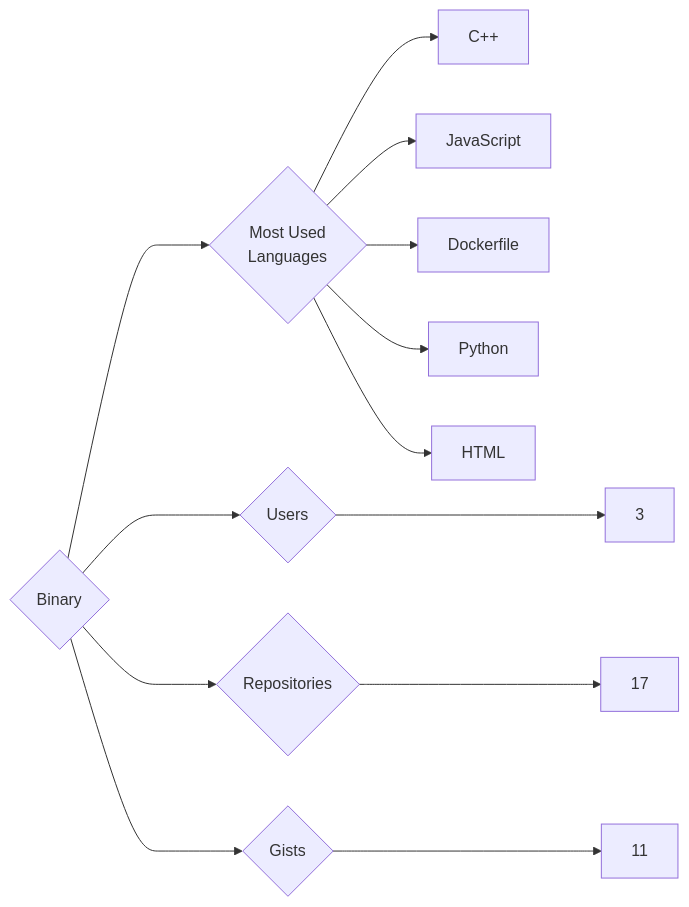
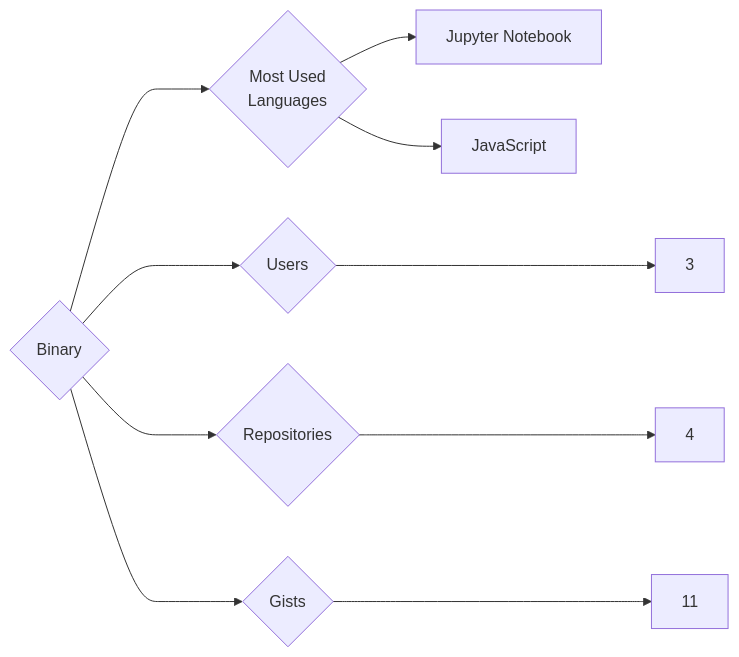
Before and after one commit to trickest/insiders: the diagram in targets/Binary/README.md, drawn with Mermaid. The commit also changed 933 other files, not shown here.

````diff
--- a/targets/Binary/README.md
+++ b/targets/Binary/README.md
@@ -3,13 +3,10 @@
 ```mermaid
 graph LR
 COMPANY_NAME{Binary}
 COMPANY_NAME ---> U{Users} ---> UN[3]
-COMPANY_NAME ---> R{Repositories} ---> RN[17]
+COMPANY_NAME ---> R{Repositories} ---> RN[4]
 COMPANY_NAME ---> G{Gists} ---> GN[11]
 COMPANY_NAME ---> ML{Most Used<br>Languages}
-ML --> C++[C++]
+ML --> Jupyter_Notebook[Jupyter Notebook]
 ML --> JavaScript[JavaScript]
-ML --> Dockerfile[Dockerfile]
-ML --> Python[Python]
-ML --> HTML[HTML]
 ```
````
